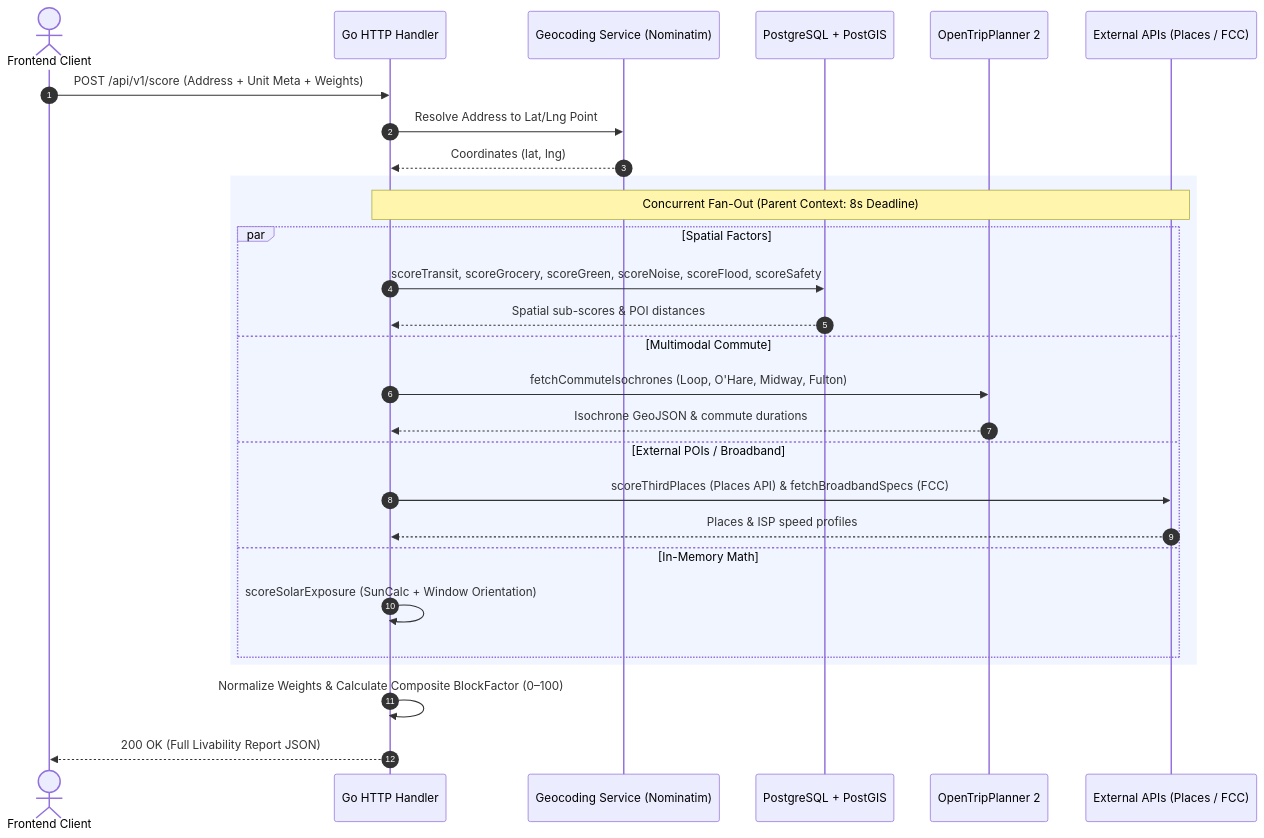
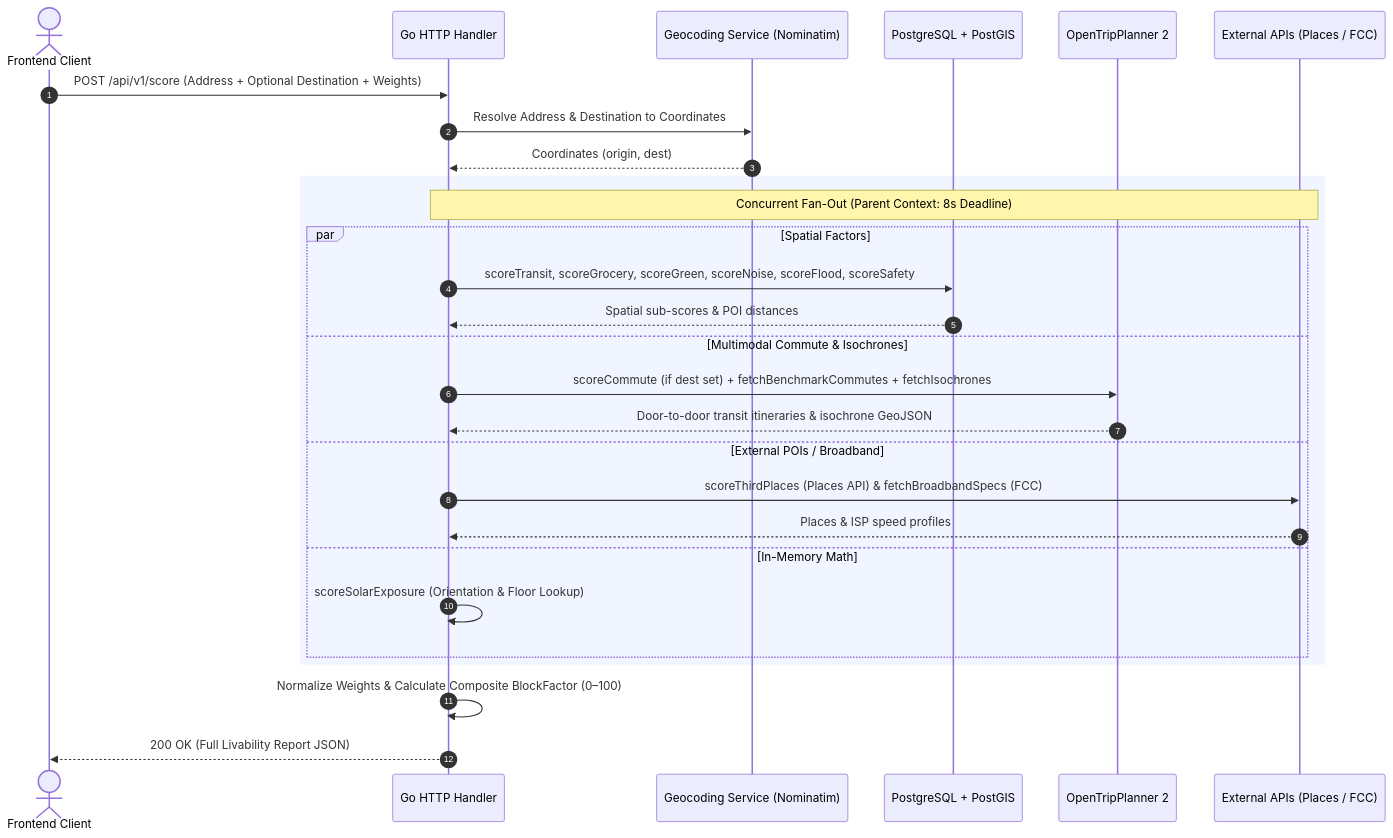
Before and after one commit to KingsleyBawuah/block-factor-monorepo: the second of 2 diagrams in docs/ARCHITECTURE.md, drawn with Mermaid. The commit also changed other lines of this file and 5 other files, not shown here.

First line of the commit message:
Add commute duration factor and document architecture updates

````diff
--- a/docs/ARCHITECTURE.md
+++ b/docs/ARCHITECTURE.md
@@ -131,33 +132,33 @@
 ```mermaid
 sequenceDiagram
     autonumber
     actor Client as Frontend Client
     participant API as Go HTTP Handler
     participant Geo as Geocoding Service (Nominatim)
     participant DB as PostgreSQL + PostGIS
     participant OTP as OpenTripPlanner 2
     participant Ext as External APIs (Places / FCC)
 
-    Client->>API: POST /api/v1/score (Address + Unit Meta + Weights)
-    API->>Geo: Resolve Address to Lat/Lng Point
-    Geo-->>API: Coordinates (lat, lng)
+    Client->>API: POST /api/v1/score (Address + Optional Destination + Weights)
+    API->>Geo: Resolve Address & Destination to Coordinates
+    Geo-->>API: Coordinates (origin, dest)
 
     rect rgb(240, 245, 255)
         note over API,Ext: Concurrent Fan-Out (Parent Context: 8s Deadline)
         par Spatial Factors
             API->>DB: scoreTransit, scoreGrocery, scoreGreen, scoreNoise, scoreFlood, scoreSafety
             DB-->>API: Spatial sub-scores & POI distances
-        and Multimodal Commute
-            API->>OTP: fetchCommuteIsochrones (Loop, O'Hare, Midway, Fulton)
-            OTP-->>API: Isochrone GeoJSON & commute durations
+        and Multimodal Commute & Isochrones
+            API->>OTP: scoreCommute (if dest set) + fetchBenchmarkCommutes + fetchIsochrones
+            OTP-->>API: Door-to-door transit itineraries & isochrone GeoJSON
         and External POIs / Broadband
             API->>Ext: scoreThirdPlaces (Places API) & fetchBroadbandSpecs (FCC)
             Ext-->>API: Places & ISP speed profiles
         and In-Memory Math
-            API->>API: scoreSolarExposure (SunCalc + Window Orientation)
+            API->>API: scoreSolarExposure (Orientation & Floor Lookup)
         end
     end
 
     API->>API: Normalize Weights & Calculate Composite BlockFactor (0–100)
     API-->>Client: 200 OK (Full Livability Report JSON)
 ```
````
